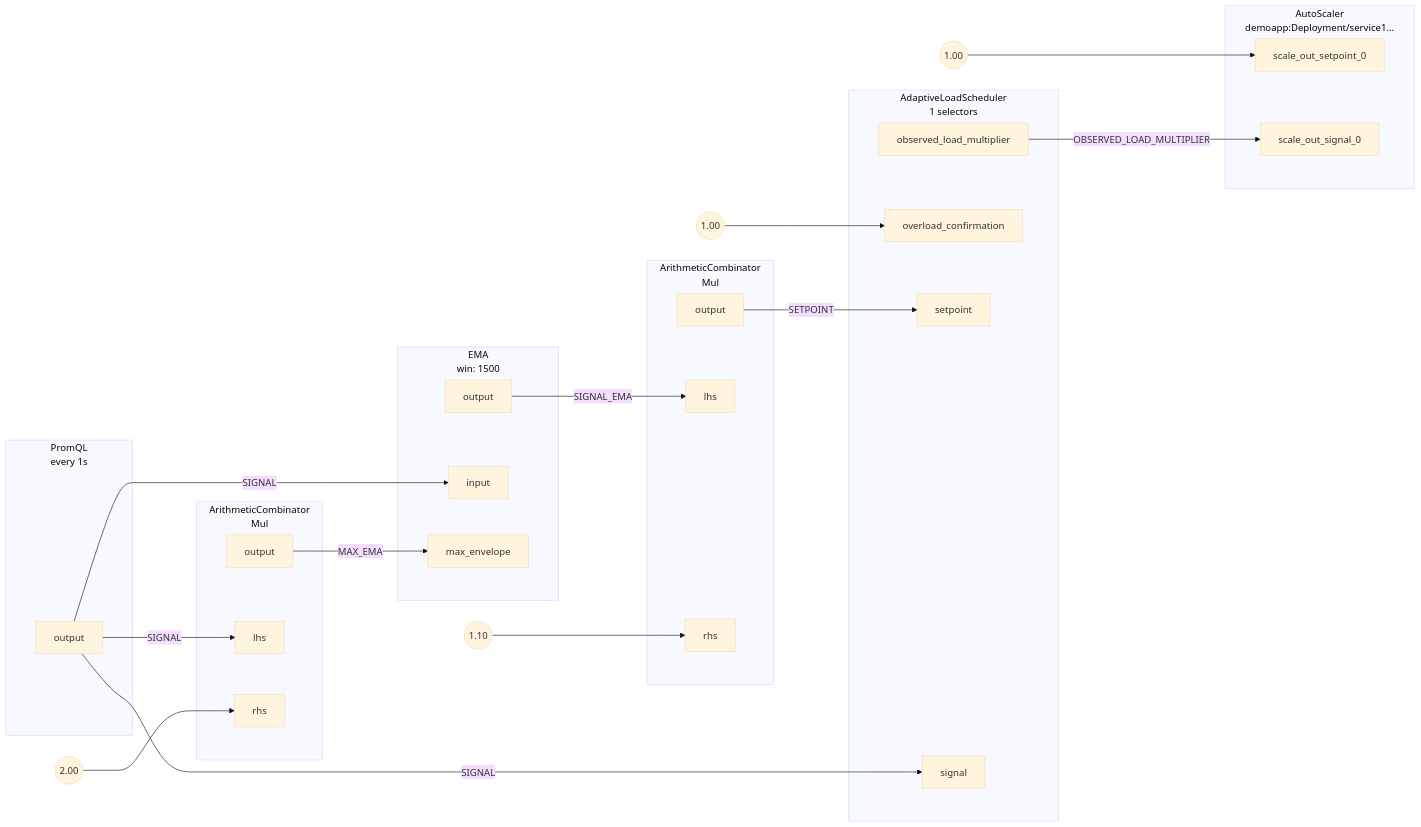
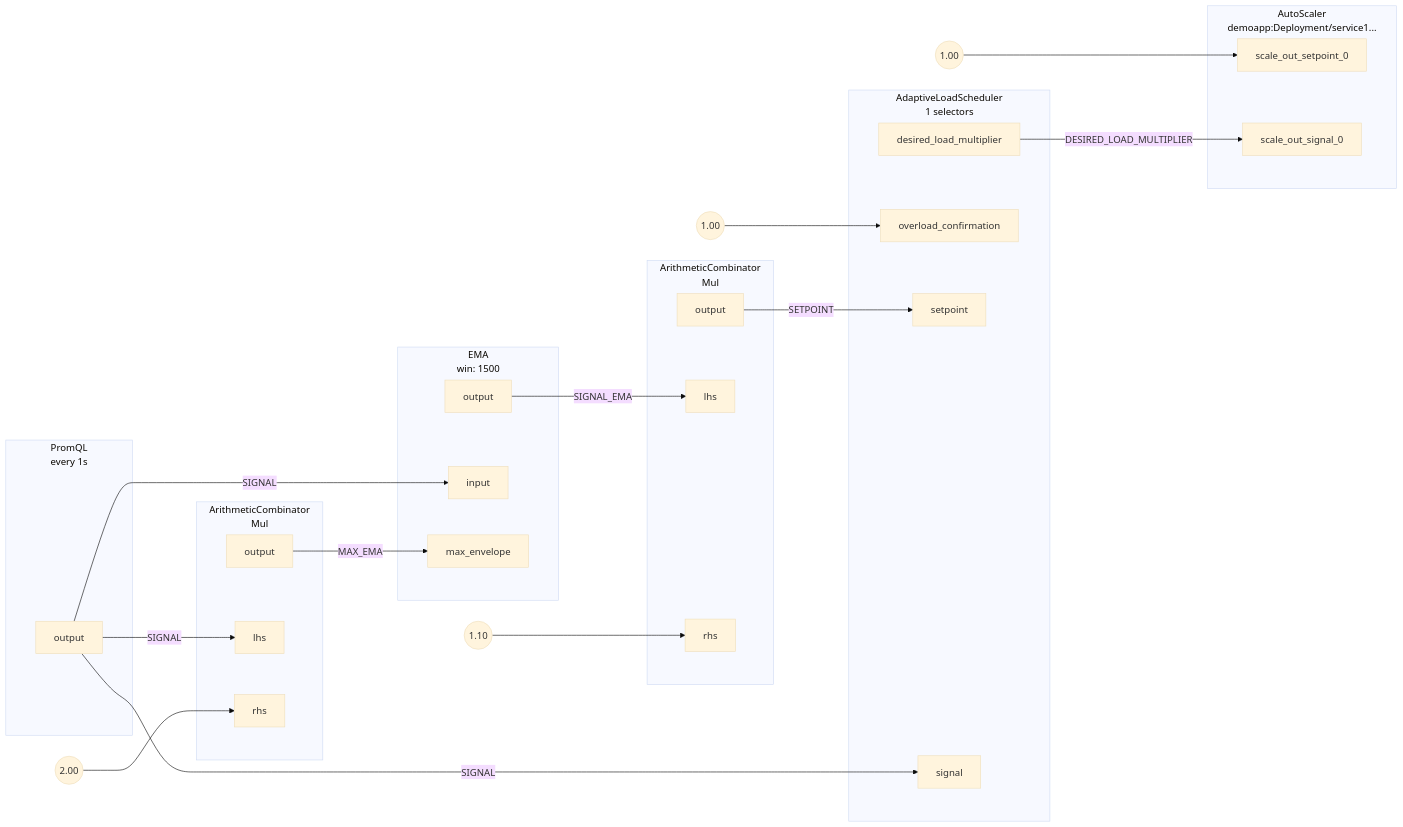
Before and after one commit to dataongunlaws/aperture: the diagram in docs/content/applying-policies/auto-scale/load-based-auto-scaling/assets/graph.mmd, drawn with Mermaid (base theme). The commit also changed 40 other files, not shown here.

```diff
--- a/docs/content/applying-policies/auto-scale/load-based-auto-scaling/assets/graph.mmd
+++ b/docs/content/applying-policies/auto-scale/load-based-auto-scaling/assets/graph.mmd
@@ -1,74 +1,74 @@
 flowchart LR
 subgraph root.0[<center>AdaptiveLoadScheduler<br/>1 selectors</center>]
 subgraph root.0_inports[ ]
 style root.0_inports fill:none,stroke:none
 root.0overload_confirmation[overload_confirmation]
 root.0setpoint[setpoint]
 root.0signal[signal]
 end
 subgraph root.0_outports[ ]
 style root.0_outports fill:none,stroke:none
-root.0observed_load_multiplier[observed_load_multiplier]
+root.0desired_load_multiplier[desired_load_multiplier]
 end
 end
 root.0_overload_confirmation_FakeConstantout((1.00))
 subgraph root.1[<center>PromQL<br/>every 1s</center>]
 subgraph root.1_outports[ ]
 style root.1_outports fill:none,stroke:none
 root.1output[output]
 end
 end
 subgraph root.2[<center>ArithmeticCombinator<br/>Mul</center>]
 subgraph root.2_inports[ ]
 style root.2_inports fill:none,stroke:none
 root.2lhs[lhs]
 root.2rhs[rhs]
 end
 subgraph root.2_outports[ ]
 style root.2_outports fill:none,stroke:none
 root.2output[output]
 end
 end
 root.2_rhs_FakeConstantout((2.00))
 subgraph root.3[<center>EMA<br/>win: 1500</center>]
 subgraph root.3_inports[ ]
 style root.3_inports fill:none,stroke:none
 root.3input[input]
 root.3max_envelope[max_envelope]
 end
 subgraph root.3_outports[ ]
 style root.3_outports fill:none,stroke:none
 root.3output[output]
 end
 end
 subgraph root.4[<center>ArithmeticCombinator<br/>Mul</center>]
 subgraph root.4_inports[ ]
 style root.4_inports fill:none,stroke:none
 root.4lhs[lhs]
 root.4rhs[rhs]
 end
 subgraph root.4_outports[ ]
 style root.4_outports fill:none,stroke:none
 root.4output[output]
 end
 end
 root.4_rhs_FakeConstantout((1.10))
 subgraph root.5[<center>AutoScaler<br/>demoapp:Deployment/service1...</center>]
 subgraph root.5_inports[ ]
 style root.5_inports fill:none,stroke:none
 root.5scale_out_setpoint_0[scale_out_setpoint_0]
 root.5scale_out_signal_0[scale_out_signal_0]
 end
 end
 root.5_scale_out_setpoint_0_FakeConstantout((1.00))
-root.0observed_load_multiplier --> |OBSERVED_LOAD_MULTIPLIER| root.5scale_out_signal_0
+root.0desired_load_multiplier --> |DESIRED_LOAD_MULTIPLIER| root.5scale_out_signal_0
 root.0_overload_confirmation_FakeConstantout --> root.0overload_confirmation
 root.1output --> |SIGNAL| root.0signal
 root.1output --> |SIGNAL| root.2lhs
 root.1output --> |SIGNAL| root.3input
 root.2output --> |MAX_EMA| root.3max_envelope
 root.2_rhs_FakeConstantout --> root.2rhs
 root.3output --> |SIGNAL_EMA| root.4lhs
 root.4output --> |SETPOINT| root.0setpoint
 root.4_rhs_FakeConstantout --> root.4rhs
 root.5_scale_out_setpoint_0_FakeConstantout --> root.5scale_out_setpoint_0
```
